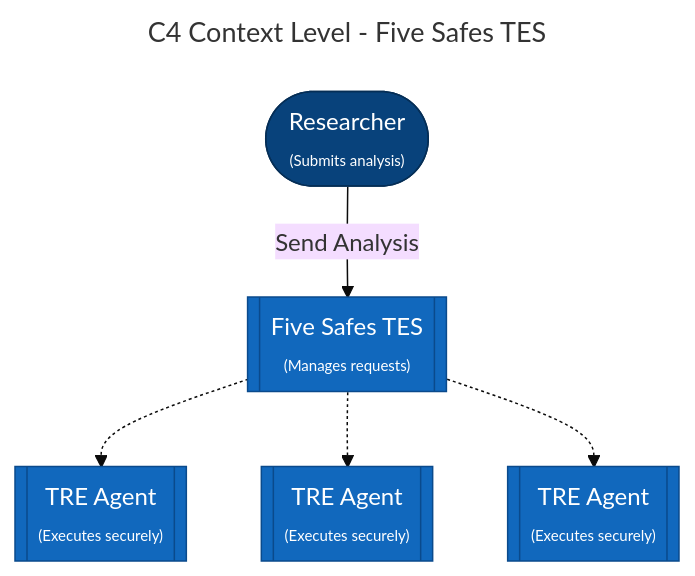
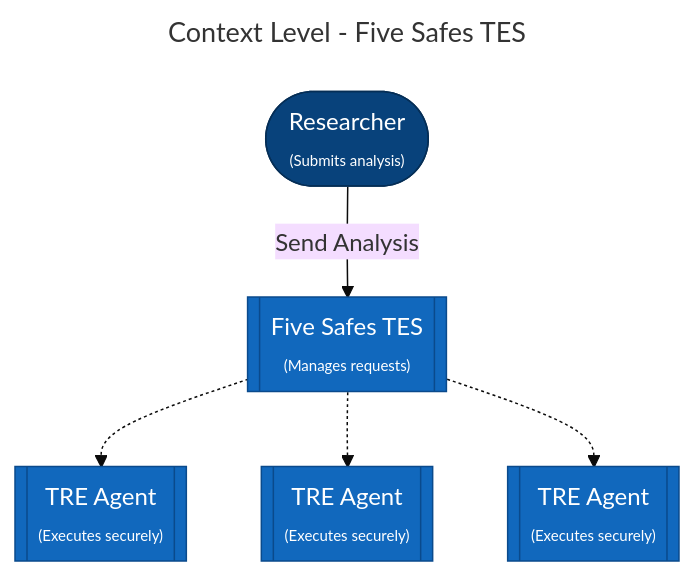
One commit to federated-research/docs changed the diagram in website/mermaid/C4 Context Level - 5STES.mmd. Above: the diagram before and after it, drawn with Mermaid (base theme). The commit also changed 2 other files, not shown here.

```diff
--- a/website/mermaid/C4 Context Level - 5STES.mmd
+++ b/website/mermaid/C4 Context Level - 5STES.mmd
@@ -1,23 +1,23 @@
 ---
-title: C4 Context Level - Five Safes TES
+title: Context Level - Five Safes TES
 ---
 graph TD
 
     %% ---------- nodes ----------
     researcher([Researcher<br/><font size='1'>#40;Submits analysis#41;</font>])
     fivesafes[[Five Safes TES<br/><font size='1'>#40;Manages requests#41;</font>]]
     treagent1[[TRE Agent<br/><font size='1'>#40;Executes securely#41;</font>]]
     treagent2[[TRE Agent<br/><font size='1'>#40;Executes securely#41;</font>]]
     treagent3[[TRE Agent<br/><font size='1'>#40;Executes securely#41;</font>]]
 
     %% ---------- connections ----------
     researcher -->|Send Analysis| fivesafes
     fivesafes -.-> treagent1
     fivesafes -.-> treagent2
     fivesafes -.-> treagent3
 
     %% ---------- styling ----------
     classDef person fill:#08427b,color:#fff,stroke:#052e56
     classDef system fill:#1168bd,color:#fff,stroke:#0a4a8c
     class researcher person
     class fivesafes,treagent1,treagent2,treagent3 system
```
